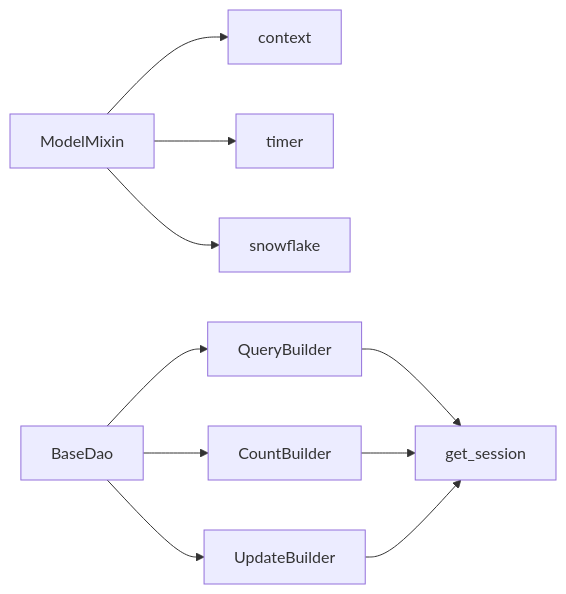
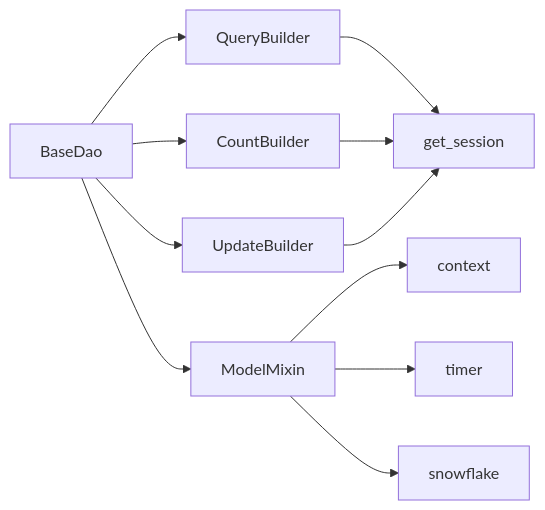
One commit to lilinzezzzzzz/fastapi-backend changed the seventh of 7 diagrams in .qoder/repowiki/zh/content/数据模型/模型继承体系.md. Above: the diagram before and after it, drawn with Mermaid. The commit also changed other lines of this file and 42 other files, not shown here.

````diff
--- a/.qoder/repowiki/zh/content/数据模型/模型继承体系.md
+++ b/.qoder/repowiki/zh/content/数据模型/模型继承体系.md
@@ -322,12 +351,13 @@
 ```mermaid
 graph LR
 ModelMixin --> context
 ModelMixin --> timer
 ModelMixin --> snowflake
 BaseDao --> QueryBuilder
 BaseDao --> CountBuilder
 BaseDao --> UpdateBuilder
+BaseDao --> ModelMixin
 QueryBuilder --> get_session
 CountBuilder --> get_session
 UpdateBuilder --> get_session
 ```
````
